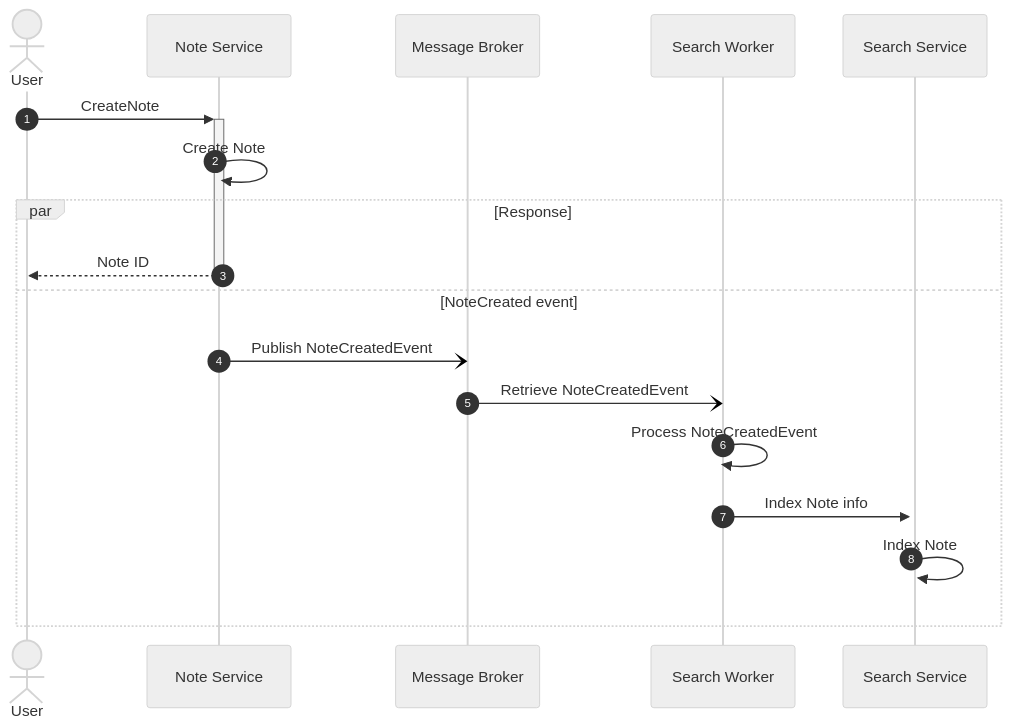
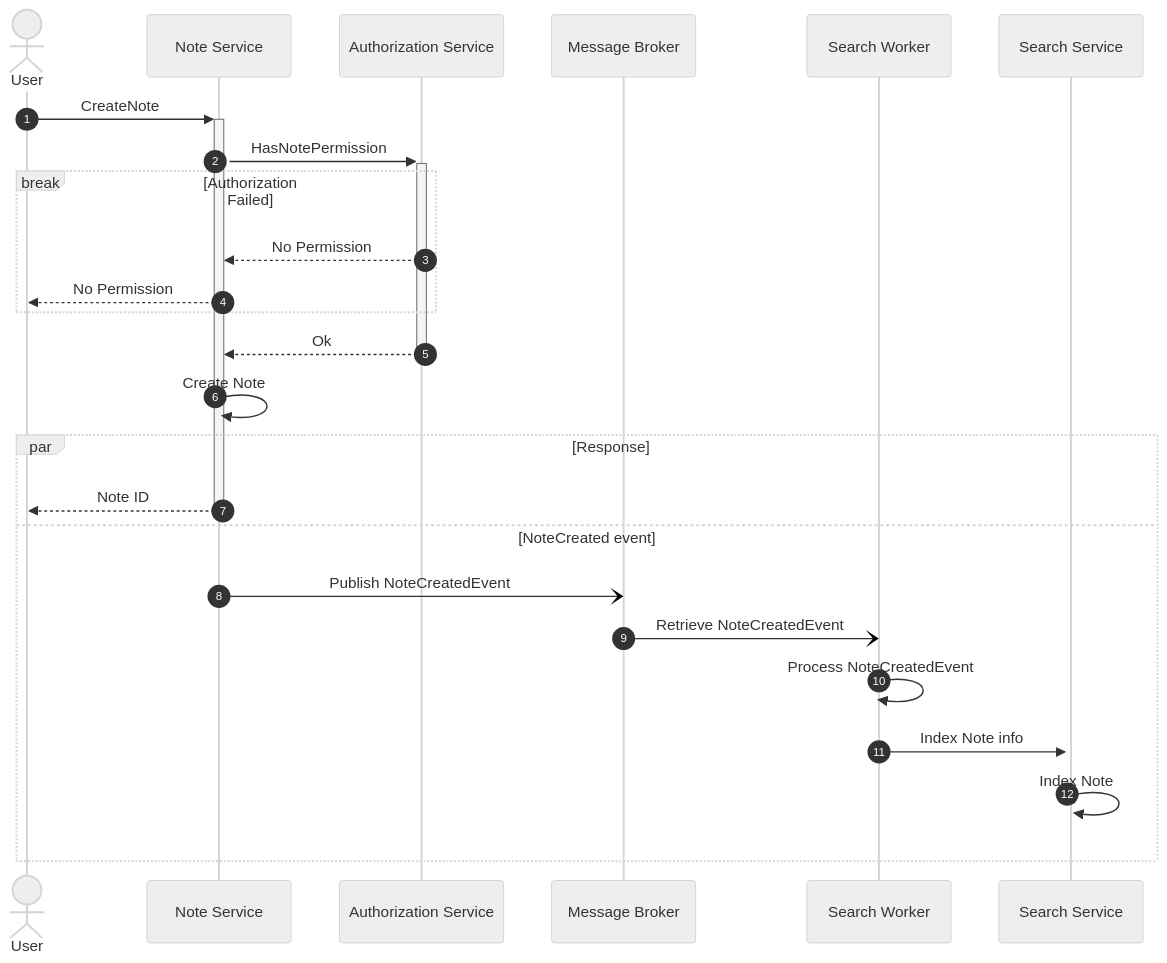
One commit to notopia-uit/notopia changed the first of 5 diagrams in docs/src/references/sequence/note.md. Above: the diagram before and after it, drawn with Mermaid (neutral theme). The commit also changed other lines of this file and 25 other files, not shown here.

````diff
--- a/docs/src/references/sequence/note.md
+++ b/docs/src/references/sequence/note.md
@@ -12,22 +12,29 @@
 ```mermaid
 sequenceDiagram
     autonumber
 
     actor U as User
     participant NS as Note Service
+    participant AS as Authorization Service
     participant MB as Message Broker
     participant SW as Search Worker
     participant SS as Search Service
 
     U->>+NS: CreateNote
+    NS->>+AS: HasNotePermission
+    break Authorization Failed
+        AS-->>NS: No Permission
+        NS-->>U: No Permission
+    end
+    AS-->>-NS: Ok
     NS->>NS: Create Note
     par Response
         NS-->>-U: Note ID
     and NoteCreated event
         NS-)MB: Publish NoteCreatedEvent
         MB-)SW: Retrieve NoteCreatedEvent
         SW->>SW: Process NoteCreatedEvent
         SW->>+SS: Index Note info
         SS->>+SS: Index Note
     end
 ```
````
